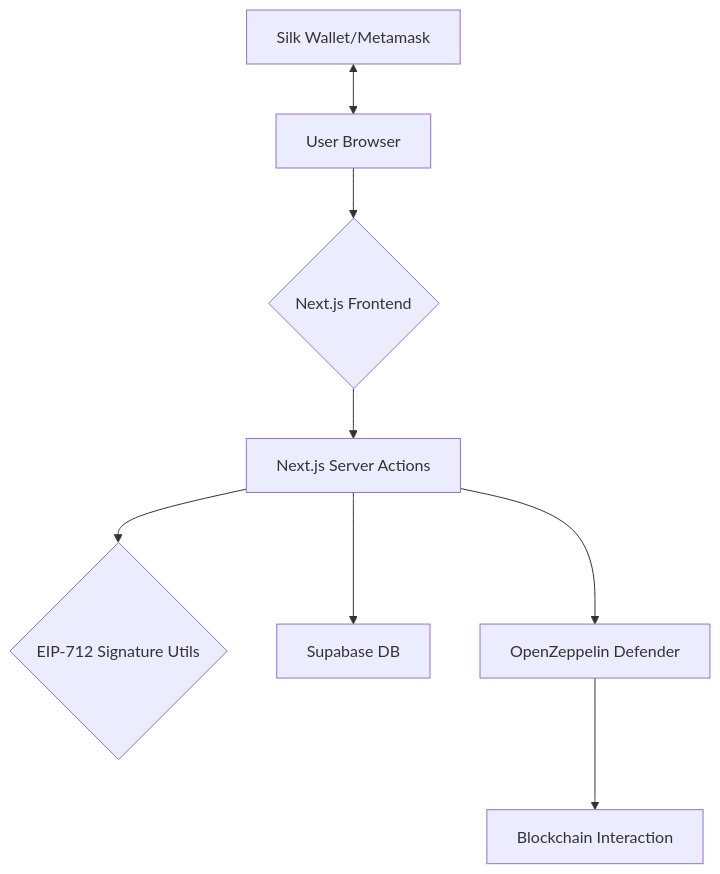
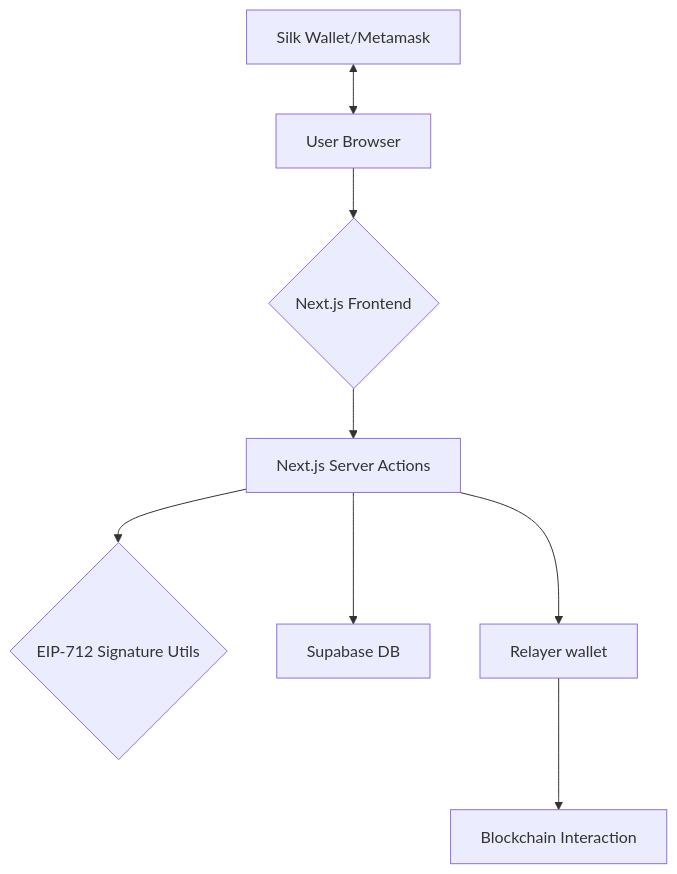
The first of 2 diagrams in README.md (holonym-foundation/refunite-network), drawn with Mermaid before and after one commit. The commit also changed other lines of this file and 14 other files, not shown here.

First line of the commit message:
feat(onboarding): replace Defender Action with in-app relayer

````diff
--- a/README.md
+++ b/README.md
@@ -34,10 +34,10 @@
 ```mermaid
 graph TD
     A[User Browser] --> B{Next.js Frontend};
     B --> C[Next.js Server Actions];
     C --> D{EIP-712 Signature Utils};
     C --> E[Supabase DB];
-    C --> F[OpenZeppelin Defender];
+    C --> F[Relayer wallet];
     G[Silk Wallet/Metamask] <--> A;
     F --> H[Blockchain Interaction];
 ```
````
